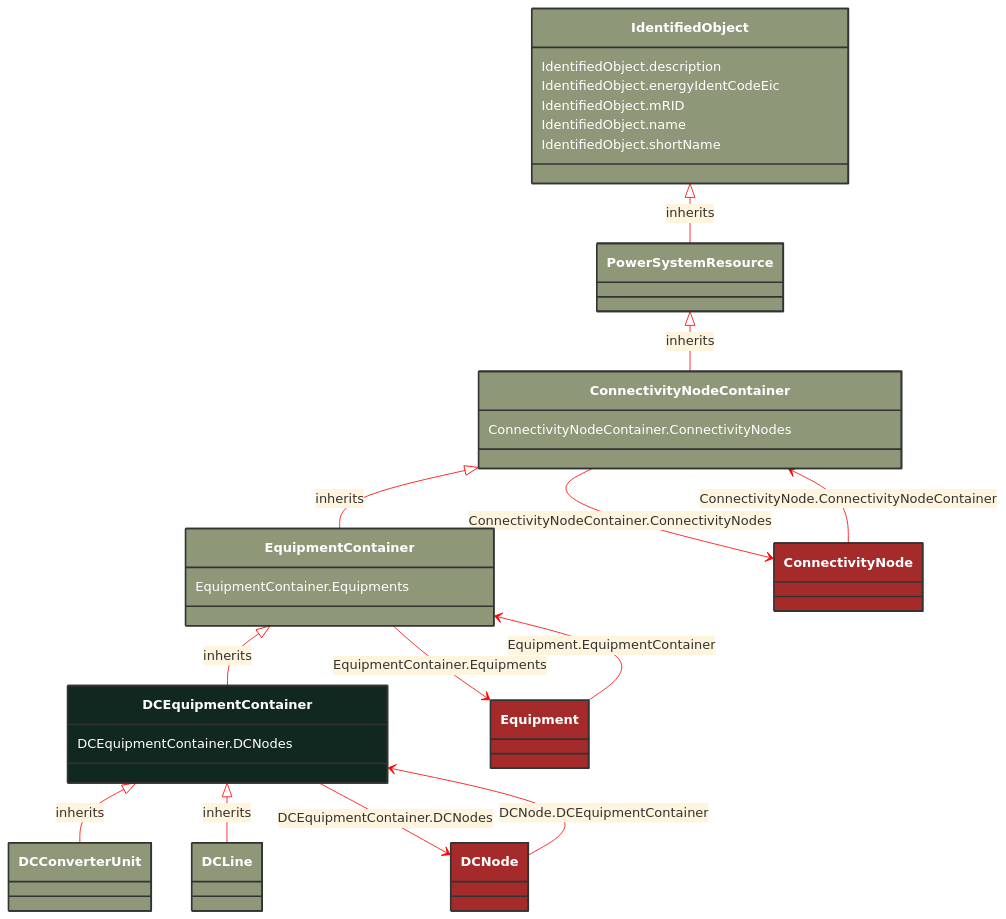
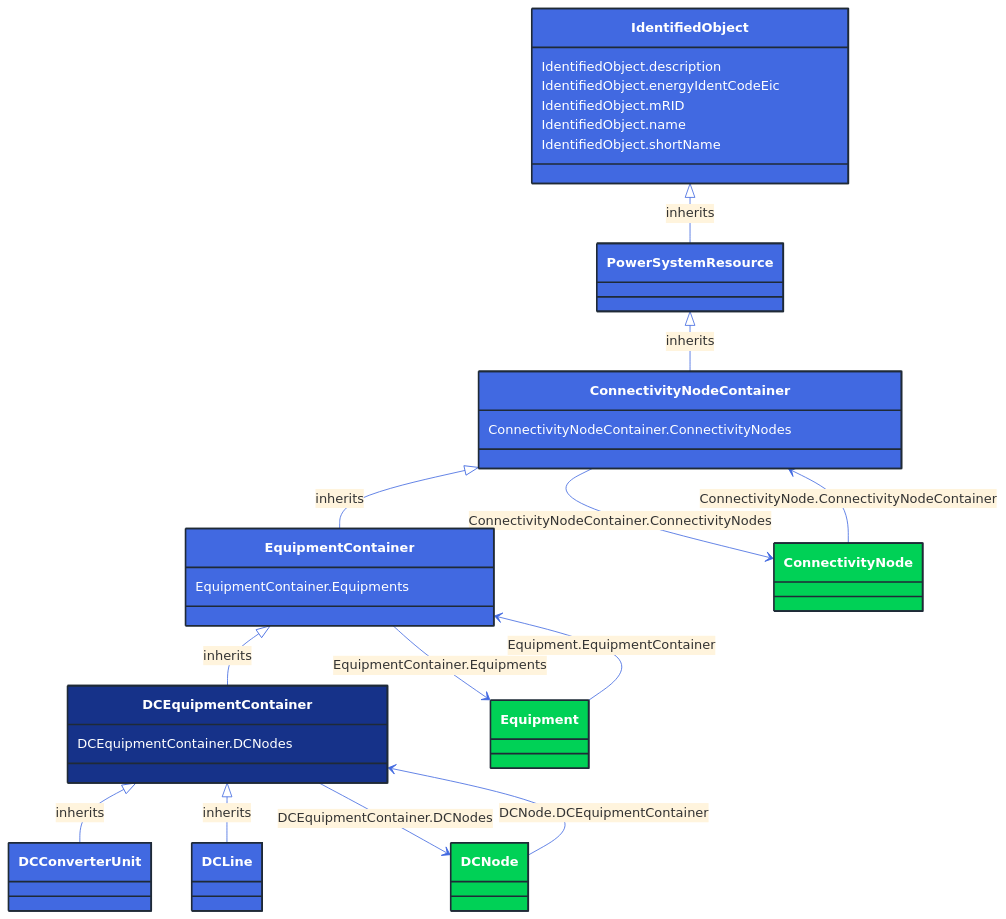
The diagram in docs/Models/Profiles/CoreEquipment/AbstractClasses/DCEquipmentContainer.md (3lbits/NoCIMExtensions), drawn with Mermaid before and after one commit. The commit also changed 362 other files, not shown here.

First line of the commit message:
Update diagrams and styles for improved visual consistency

````diff
--- a/docs/Models/Profiles/CoreEquipment/AbstractClasses/DCEquipmentContainer.md
+++ b/docs/Models/Profiles/CoreEquipment/AbstractClasses/DCEquipmentContainer.md
@@ -10,79 +10,79 @@
 ```mermaid
-%%{init: {'theme':'base','themeVariables': {'lineColor': '#FF0000'}}}%%
+%%{init: {'theme':'base','themeVariables': {'lineColor': '#4169E1'}}}%%
 classDiagram
     class DCEquipmentContainer
     click DCEquipmentContainer href "/Models/Profiles/CoreEquipment/AbstractClasses/DCEquipmentContainer/"
-    style DCEquipmentContainer fill:#102820,stroke:#333,stroke-width:2px,rx:10,ry:10,color:white
+    style DCEquipmentContainer fill:#163289,stroke:#1F2A37,stroke-width:2px,rx:10,ry:10,color:white
 
         DCEquipmentContainer <|-- DCConverterUnit : inherits
 
         DCConverterUnit
             click DCConverterUnit href "/Models/Profiles/CoreEquipment/ConcreteClasses/DCConverterUnit/"
-            style DCConverterUnit fill:#8F9779,stroke:#333,stroke-width:2px,rx:10,ry:10,color:white
+            style DCConverterUnit fill:#4169E1,stroke:#1F2A37,stroke-width:2px,rx:10,ry:10,color:white
 
         DCEquipmentContainer <|-- DCLine : inherits
 
         DCLine
             click DCLine href "/Models/Profiles/CoreEquipment/ConcreteClasses/DCLine/"
-            style DCLine fill:#8F9779,stroke:#333,stroke-width:2px,rx:10,ry:10,color:white
+            style DCLine fill:#4169E1,stroke:#1F2A37,stroke-width:2px,rx:10,ry:10,color:white
      
         EquipmentContainer <|-- DCEquipmentContainer : inherits
             click EquipmentContainer href "/Models/Profiles/CoreEquipment/AbstractClasses/EquipmentContainer/"
-            style EquipmentContainer fill:#8F9779,stroke:#333,stroke-width:2px,rx:10,ry:10,color:white
+            style EquipmentContainer fill:#4169E1,stroke:#1F2A37,stroke-width:2px,rx:10,ry:10,color:white
      
         ConnectivityNodeContainer <|-- EquipmentContainer : inherits
             click ConnectivityNodeContainer href "/Models/Profiles/CoreEquipment/AbstractClasses/ConnectivityNodeContainer/"
-            style ConnectivityNodeContainer fill:#8F9779,stroke:#333,stroke-width:2px,rx:10,ry:10,color:white
+            style ConnectivityNodeContainer fill:#4169E1,stroke:#1F2A37,stroke-width:2px,rx:10,ry:10,color:white
      
         PowerSystemResource <|-- ConnectivityNodeContainer : inherits
             click PowerSystemResource href "/Models/Profiles/CoreEquipment/AbstractClasses/PowerSystemResource/"
-            style PowerSystemResource fill:#8F9779,stroke:#333,stroke-width:2px,rx:10,ry:10,color:white
+            style PowerSystemResource fill:#4169E1,stroke:#1F2A37,stroke-width:2px,rx:10,ry:10,color:white
      
         IdentifiedObject <|-- PowerSystemResource : inherits
             click IdentifiedObject href "/Models/Profiles/CoreEquipment/AbstractClasses/IdentifiedObject/"
-            style IdentifiedObject fill:#8F9779,stroke:#333,stroke-width:2px,rx:10,ry:10,color:white
+            style IdentifiedObject fill:#4169E1,stroke:#1F2A37,stroke-width:2px,rx:10,ry:10,color:white
 
         DCEquipmentContainer --> DCNode : DCEquipmentContainer.DCNodes
 
         DCNode
             click DCNode href "/Models/Profiles/CoreEquipment/ConcreteClasses/DCNode/"
-            style DCNode fill:#A52A2A,stroke:#333,stroke-width:2px,rx:10,ry:10,color:white
+            style DCNode fill:#00D156,stroke:#1F2A37,stroke-width:2px,rx:10,ry:10,color:white
         EquipmentContainer --> Equipment : EquipmentContainer.Equipments
 
         Equipment
             click Equipment href "/Models/Profiles/CoreEquipment/AbstractClasses/Equipment/"
-            style Equipment fill:#A52A2A,stroke:#333,stroke-width:2px,rx:10,ry:10,color:white
+            style Equipment fill:#00D156,stroke:#1F2A37,stroke-width:2px,rx:10,ry:10,color:white
         ConnectivityNodeContainer --> ConnectivityNode : ConnectivityNodeContainer.ConnectivityNodes
 
         ConnectivityNode
             click ConnectivityNode href "/Models/Profiles/CoreEquipment/AbstractClasses/ConnectivityNode/"
-            style ConnectivityNode fill:#A52A2A,stroke:#333,stroke-width:2px,rx:10,ry:10,color:white
+            style ConnectivityNode fill:#00D156,stroke:#1F2A37,stroke-width:2px,rx:10,ry:10,color:white
 
         ConnectivityNode --> ConnectivityNodeContainer : ConnectivityNode.ConnectivityNodeContainer
 
         ConnectivityNode
             click ConnectivityNode href "/Models/Profiles/CoreEquipment/AbstractClasses/ConnectivityNode/"
-            style ConnectivityNode fill:#A52A2A,stroke:#333,stroke-width:2px,rx:10,ry:10,color:white
+            style ConnectivityNode fill:#00D156,stroke:#1F2A37,stroke-width:2px,rx:10,ry:10,color:white
 
         DCNode --> DCEquipmentContainer : DCNode.DCEquipmentContainer
 
         DCNode
             click DCNode href "/Models/Profiles/CoreEquipment/ConcreteClasses/DCNode/"
-            style DCNode fill:#A52A2A,stroke:#333,stroke-width:2px,rx:10,ry:10,color:white
+            style DCNode fill:#00D156,stroke:#1F2A37,stroke-width:2px,rx:10,ry:10,color:white
 
         Equipment --> EquipmentContainer : Equipment.EquipmentContainer
 
         Equipment
             click Equipment href "/Models/Profiles/CoreEquipment/AbstractClasses/Equipment/"
-            style Equipment fill:#A52A2A,stroke:#333,stroke-width:2px,rx:10,ry:10,color:white
+            style Equipment fill:#00D156,stroke:#1F2A37,stroke-width:2px,rx:10,ry:10,color:white
 
 
         DCEquipmentContainer : DCEquipmentContainer.DCNodes
         EquipmentContainer : EquipmentContainer.Equipments
         ConnectivityNodeContainer : ConnectivityNodeContainer.ConnectivityNodes
         IdentifiedObject : IdentifiedObject.description
         IdentifiedObject : IdentifiedObject.energyIdentCodeEic
         IdentifiedObject : IdentifiedObject.mRID
         IdentifiedObject : IdentifiedObject.name
         IdentifiedObject : IdentifiedObject.shortName
 ```
````
